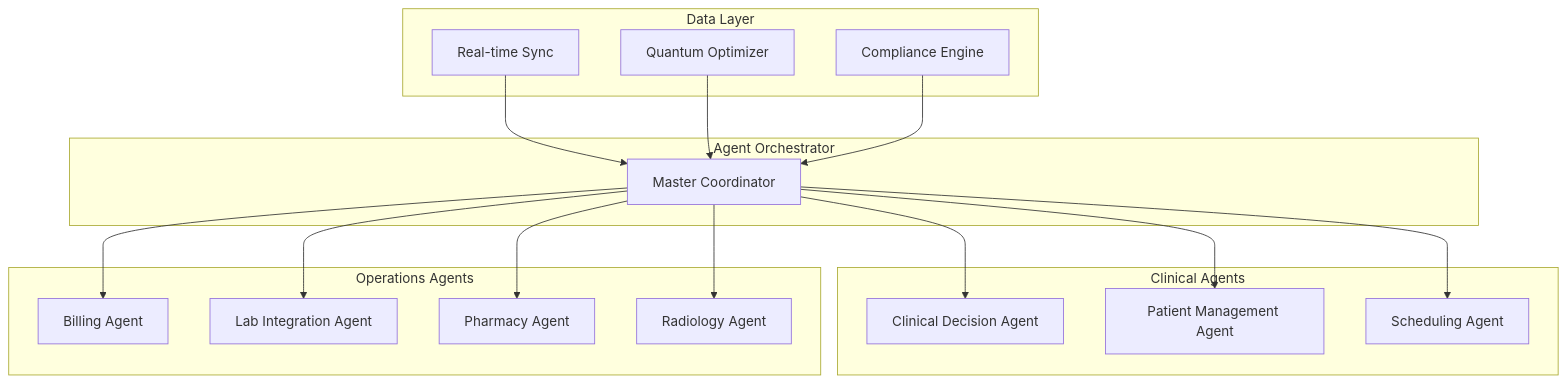
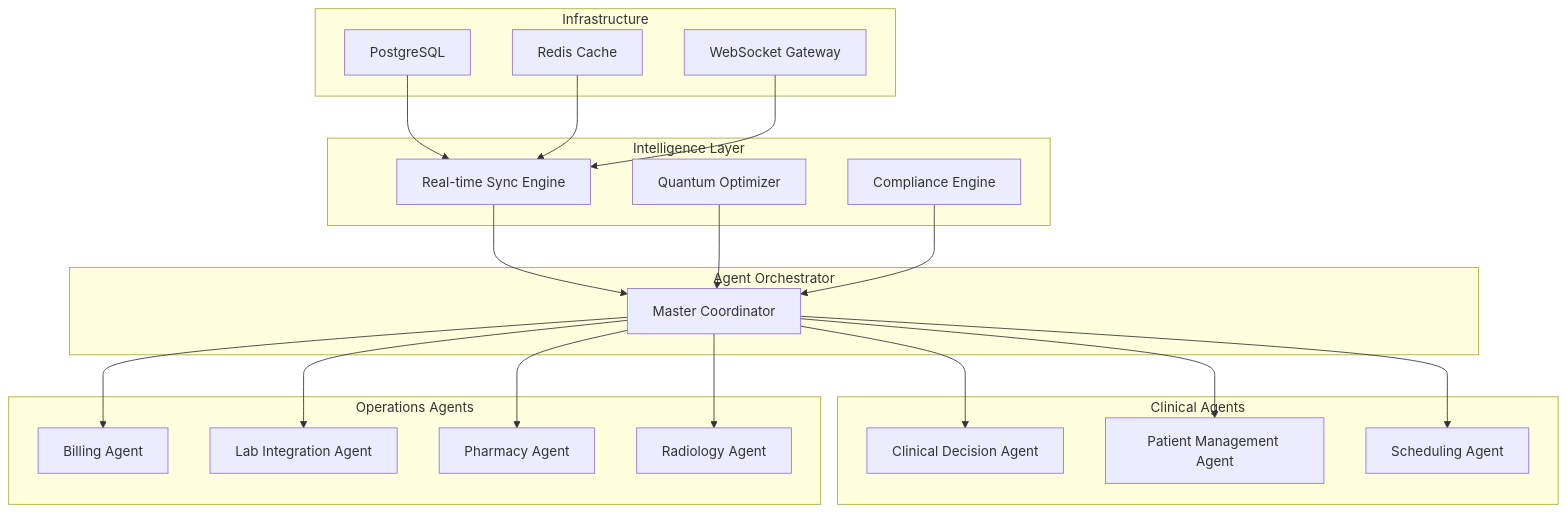
The diagram in README.md (lydianai/agent.ailydian.com), drawn with Mermaid before and after one commit. The commit also changed other lines of this file and 3 other files, not shown here.

````diff
--- a/README.md
+++ b/README.md
@@ -60,22 +149,27 @@
 ```mermaid
 graph TD
     subgraph "Agent Orchestrator"
         A[Master Coordinator]
     end
     subgraph "Clinical Agents"
         A --> B[Clinical Decision Agent]
         A --> C[Patient Management Agent]
         A --> D[Scheduling Agent]
     end
     subgraph "Operations Agents"
         A --> E[Billing Agent]
         A --> F[Lab Integration Agent]
         A --> G[Pharmacy Agent]
         A --> H[Radiology Agent]
     end
-    subgraph "Data Layer"
-        I[Real-time Sync] --> A
+    subgraph "Intelligence Layer"
+        I[Real-time Sync Engine] --> A
         J[Quantum Optimizer] --> A
         K[Compliance Engine] --> A
     end
+    subgraph "Infrastructure"
+        L[PostgreSQL] --> I
+        M[Redis Cache] --> I
+        N[WebSocket Gateway] --> I
+    end
 ```
````
